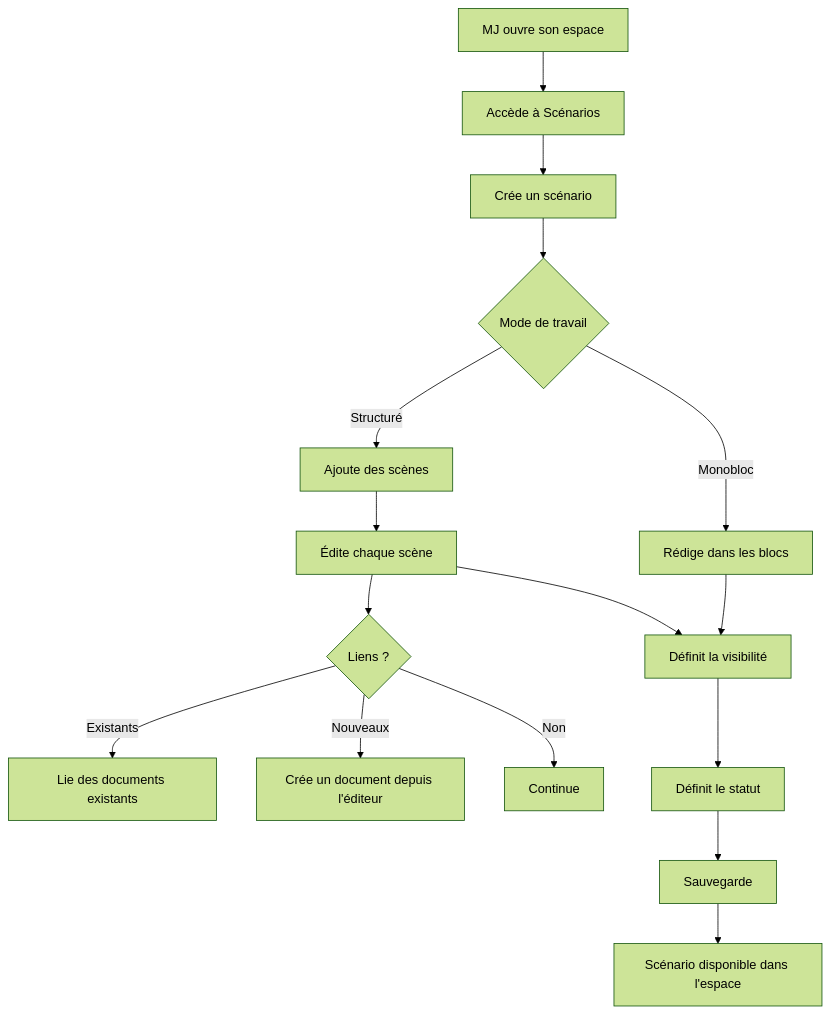
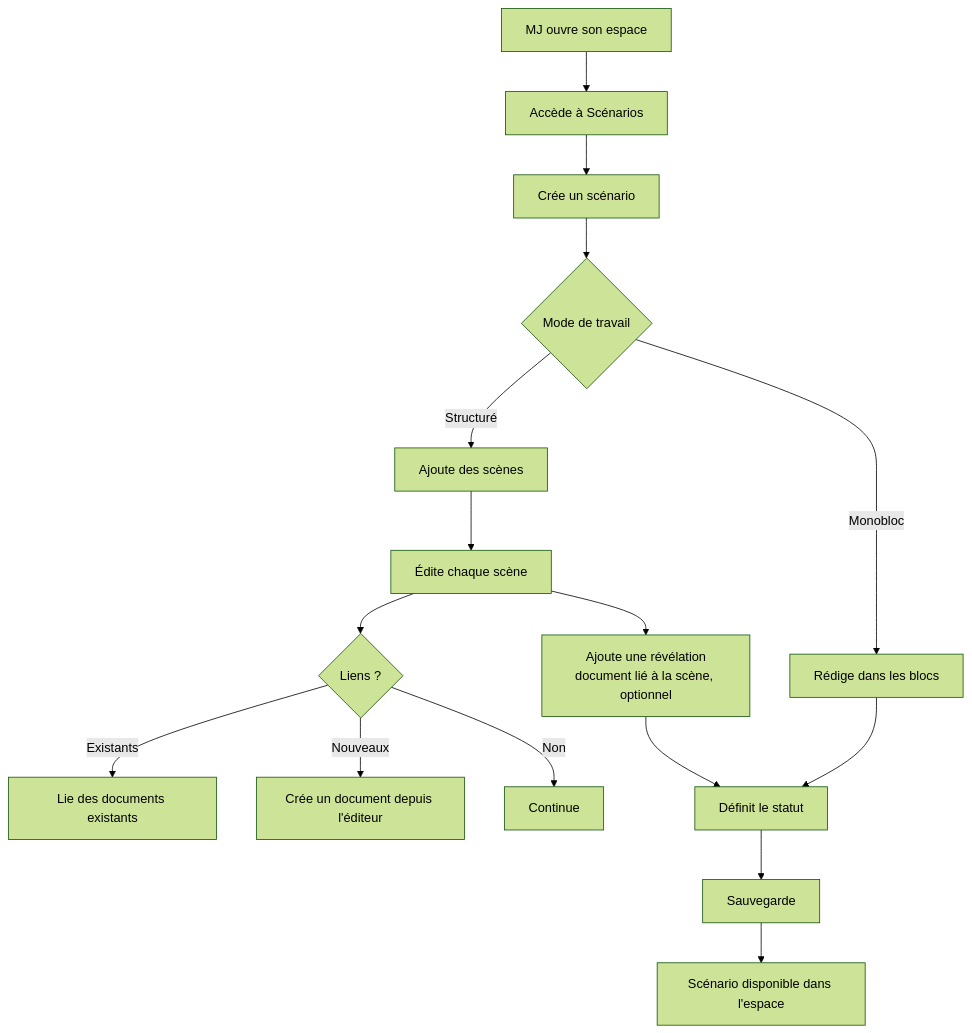
The first of 2 diagrams in docs/besoin/stories/US-UC-03-structurer-scenario.md (2025-10-CDA-ECO-P6/PM-micro-saas), drawn with Mermaid (forest theme) before and after one commit. The commit also changed 10 other files, not shown here.

First line of the commit message:
docs(stories): aligne les diagrammes des stories sur leurs règles et dépendances

````diff
--- a/docs/besoin/stories/US-UC-03-structurer-scenario.md
+++ b/docs/besoin/stories/US-UC-03-structurer-scenario.md
@@ -58,18 +58,18 @@
 ```mermaid
 flowchart TD
     A[MJ ouvre son espace] --> B[Accède à Scénarios]
     B --> C[Crée un scénario]
     C --> D{Mode de travail}
     D -->|Monobloc| E[Rédige dans les blocs]
     D -->|Structuré| F[Ajoute des scènes]
     F --> G[Édite chaque scène]
     G --> H{Liens ?}
     H -->|Existants| I[Lie des documents existants]
     H -->|Nouveaux| J[Crée un document depuis l'éditeur]
     H -->|Non| K[Continue]
-    E --> L[Définit la visibilité]
-    G --> L
+    E --> M
+    G --> L[Ajoute une révélation\ndocument lié à la scène, optionnel]
     L --> M[Définit le statut]
     M --> N[Sauvegarde]
     N --> O[Scénario disponible dans l'espace]
 ```
````
